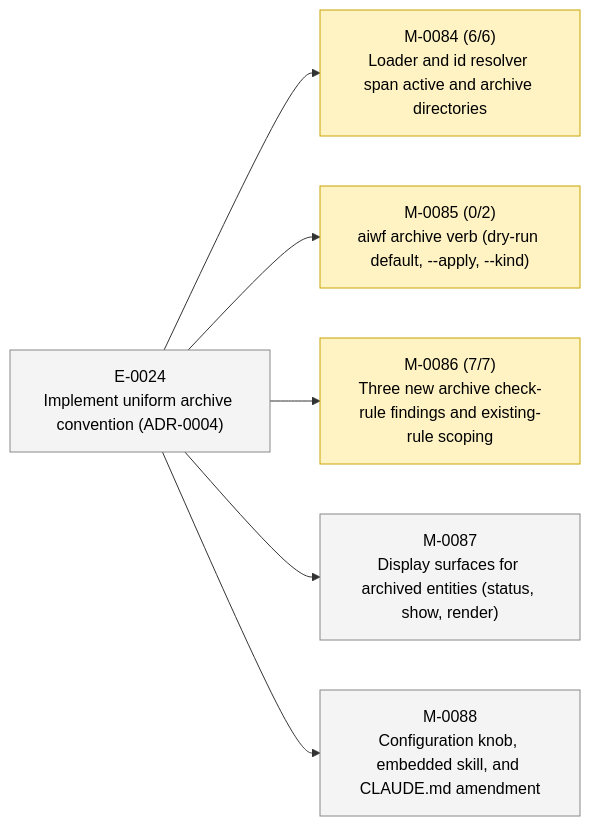
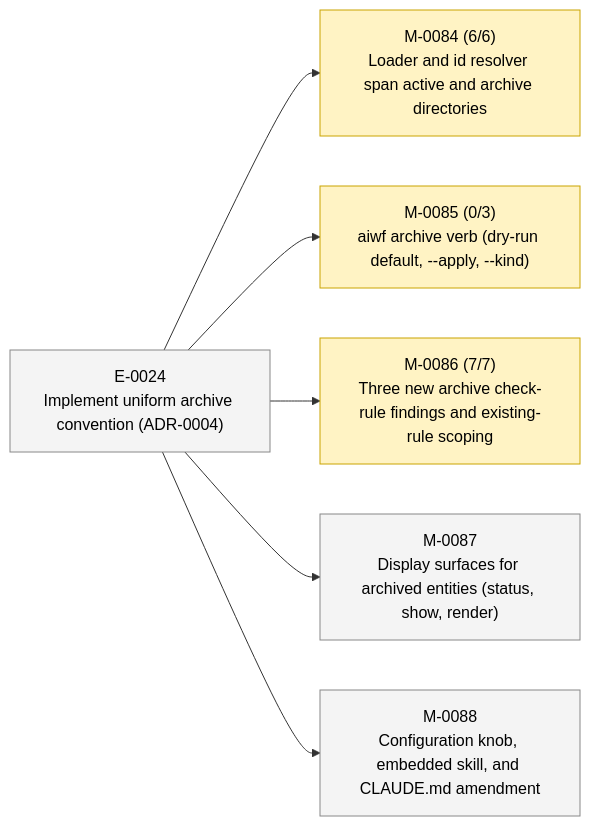
The second of 2 diagrams in STATUS.md (23min/aiwf), drawn with Mermaid before and after one commit. The commit also changed other lines of this file and 1 other file, not shown here.

First line of the commit message:
aiwf add ac M-0085/AC-3 "aiwf archive --apply produces one commit with aiwf-verb: archive trailer"

````diff
--- a/STATUS.md
+++ b/STATUS.md
@@ -49,20 +49,20 @@
 ```mermaid
 flowchart LR
   E_0024["E-0024<br/>Implement uniform archive convention (ADR-0004)"]:::epic_proposed
   M_0084["M-0084 (6/6)<br/>Loader and id resolver span active and archive directories"]:::ms_in_progress
   E_0024 --> M_0084
-  M_0085["M-0085 (0/2)<br/>aiwf archive verb (dry-run default, --apply, --kind)"]:::ms_in_progress
+  M_0085["M-0085 (0/3)<br/>aiwf archive verb (dry-run default, --apply, --kind)"]:::ms_in_progress
   E_0024 --> M_0085
   M_0086["M-0086 (7/7)<br/>Three new archive check-rule findings and existing-rule scoping"]:::ms_in_progress
   E_0024 --> M_0086
   M_0087["M-0087<br/>Display surfaces for archived entities (status, show, render)"]:::ms_draft
   E_0024 --> M_0087
   M_0088["M-0088<br/>Configuration knob, embedded skill, and CLAUDE.md amendment"]:::ms_draft
   E_0024 --> M_0088
   classDef epic_active fill:#d6eaff,stroke:#1a73e8,color:#000
   classDef epic_proposed fill:#f4f4f4,stroke:#888,color:#000
   classDef ms_done fill:#d8f5d8,stroke:#2a8a2a,color:#000
   classDef ms_in_progress fill:#fff3c4,stroke:#caa400,color:#000
   classDef ms_draft fill:#f4f4f4,stroke:#888,color:#000
   classDef ms_cancelled fill:#fbeaea,stroke:#c33,color:#000
 ```
````
